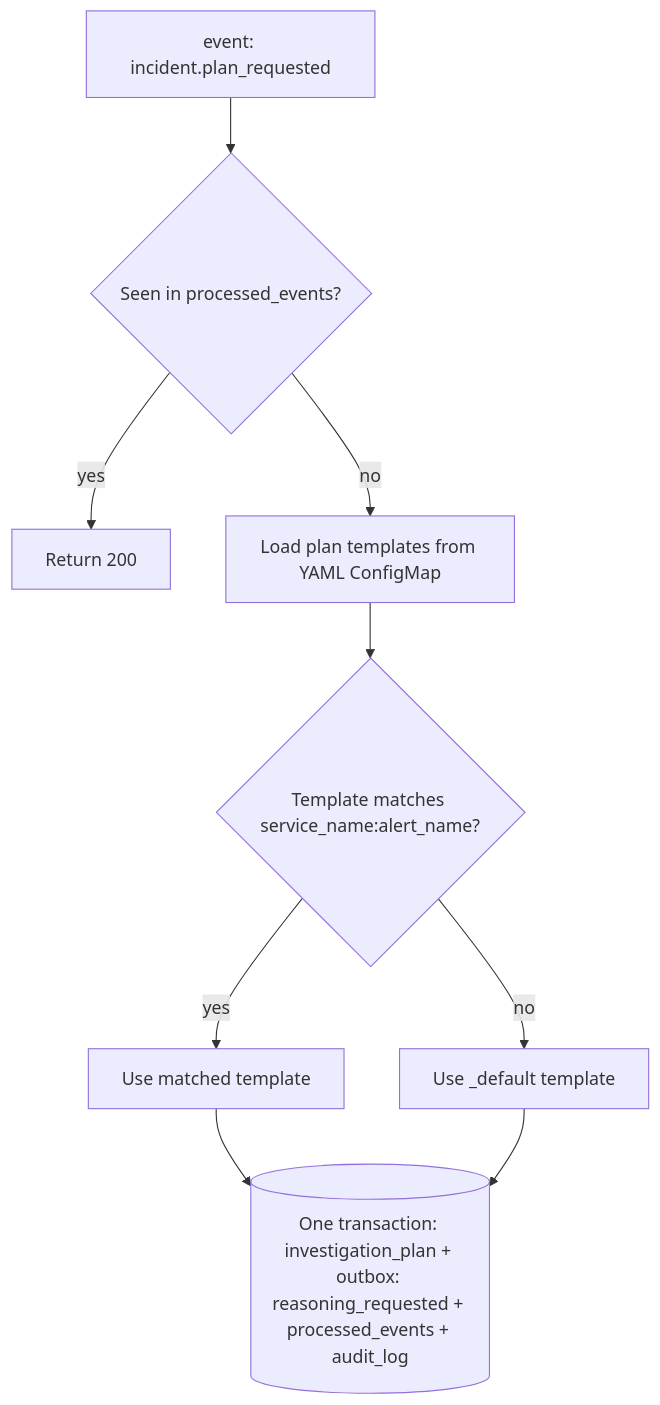
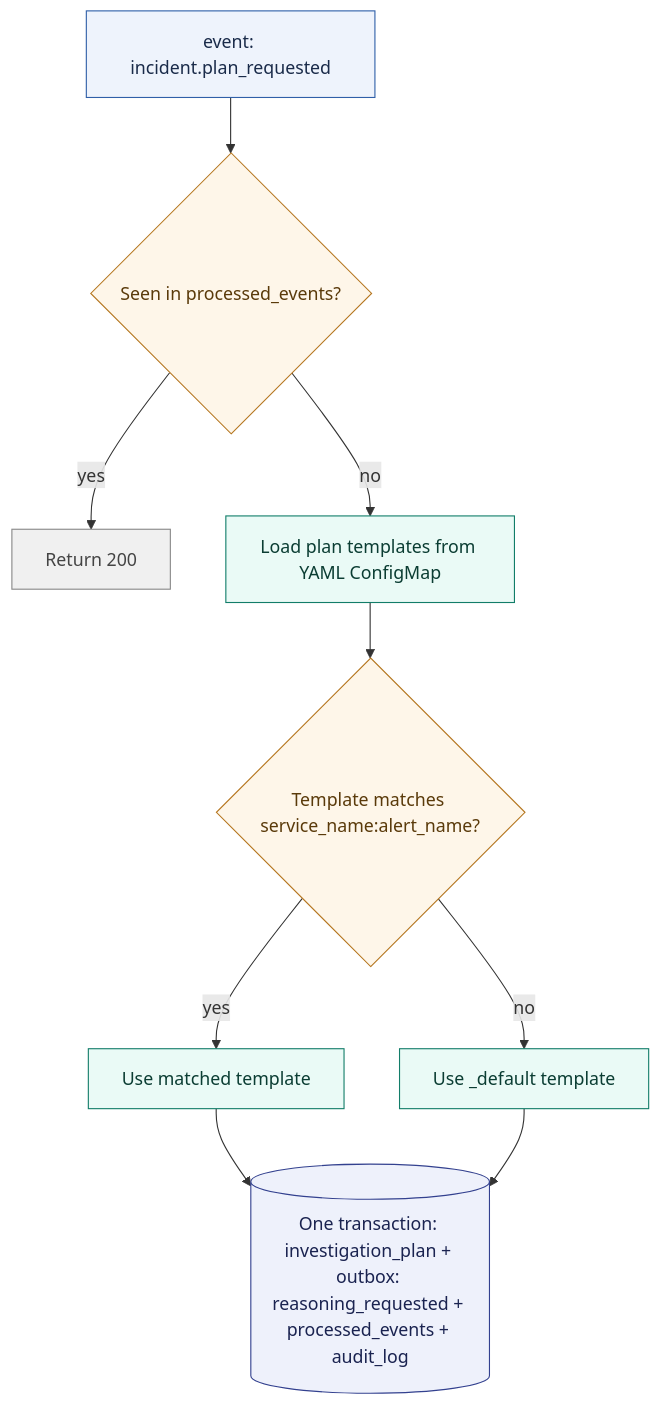
One commit to k-kohli10/radar-system changed the third of 4 diagrams in docs/architecture/agent-pipeline.md. Above: the diagram before and after it, drawn with Mermaid. The commit also changed other lines of this file and 3 other files, not shown here.

First line of the commit message:
docs: polish architecture diagrams and clarify supporting-service framing

````diff
--- a/docs/architecture/agent-pipeline.md
+++ b/docs/architecture/agent-pipeline.md
@@ -85,11 +104,23 @@
 ```mermaid
 flowchart TD
     A[event: incident.plan_requested] --> B{Seen in processed_events?}
     B -- yes --> R200[Return 200]
     B -- no --> C[Load plan templates from YAML ConfigMap]
     C --> D{"Template matches service_name:alert_name?"}
     D -- yes --> E[Use matched template]
     D -- no --> F[Use _default template]
     E --> G[(One transaction: investigation_plan + outbox: reasoning_requested + processed_events + audit_log)]
     F --> G
+
+    classDef event fill:#eef3fc,stroke:#2f5fa8,color:#1a2b4a;
+    classDef decision fill:#fef6e9,stroke:#b5761f,color:#5a3a0a;
+    classDef action fill:#eafaf6,stroke:#127d69,color:#0b3d33;
+    classDef terminal fill:#f0f0f0,stroke:#888888,color:#444444;
+    classDef commit fill:#eef1fb,stroke:#33418f,color:#1a2350;
+
+    class A event
+    class B,D decision
+    class C,E,F action
+    class R200 terminal
+    class G commit
 ```
````
